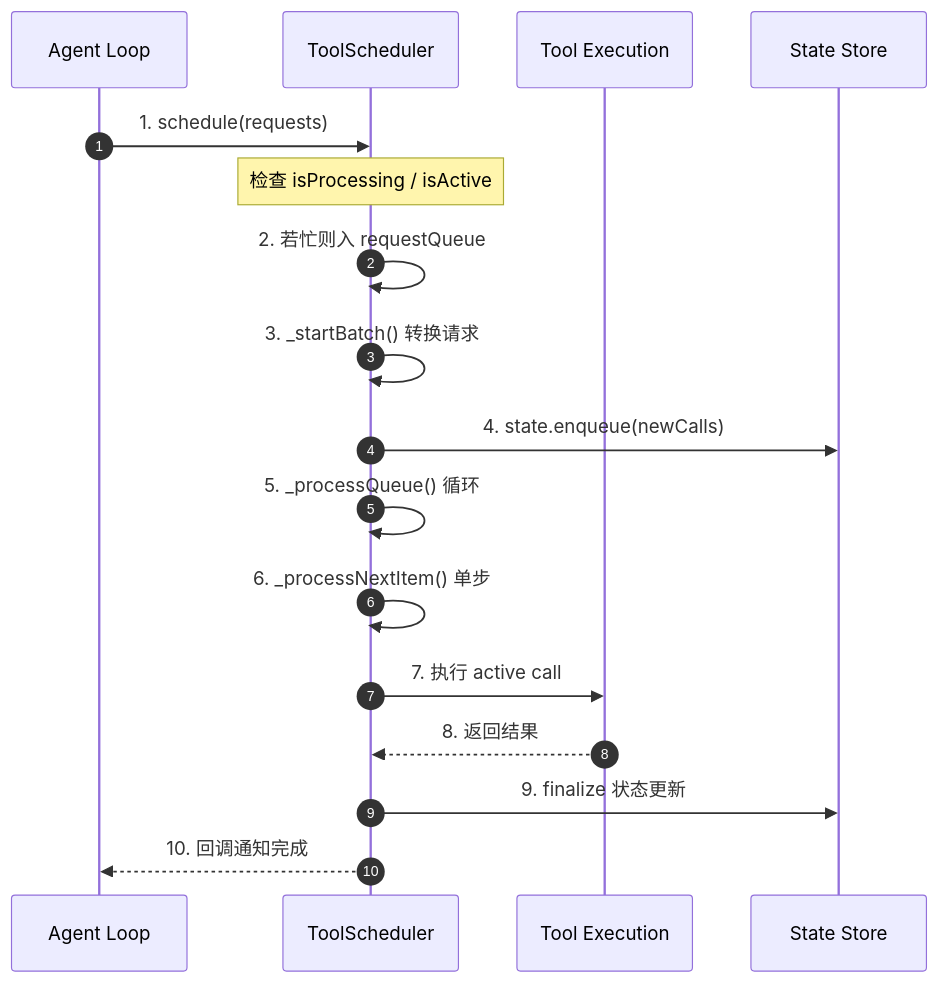
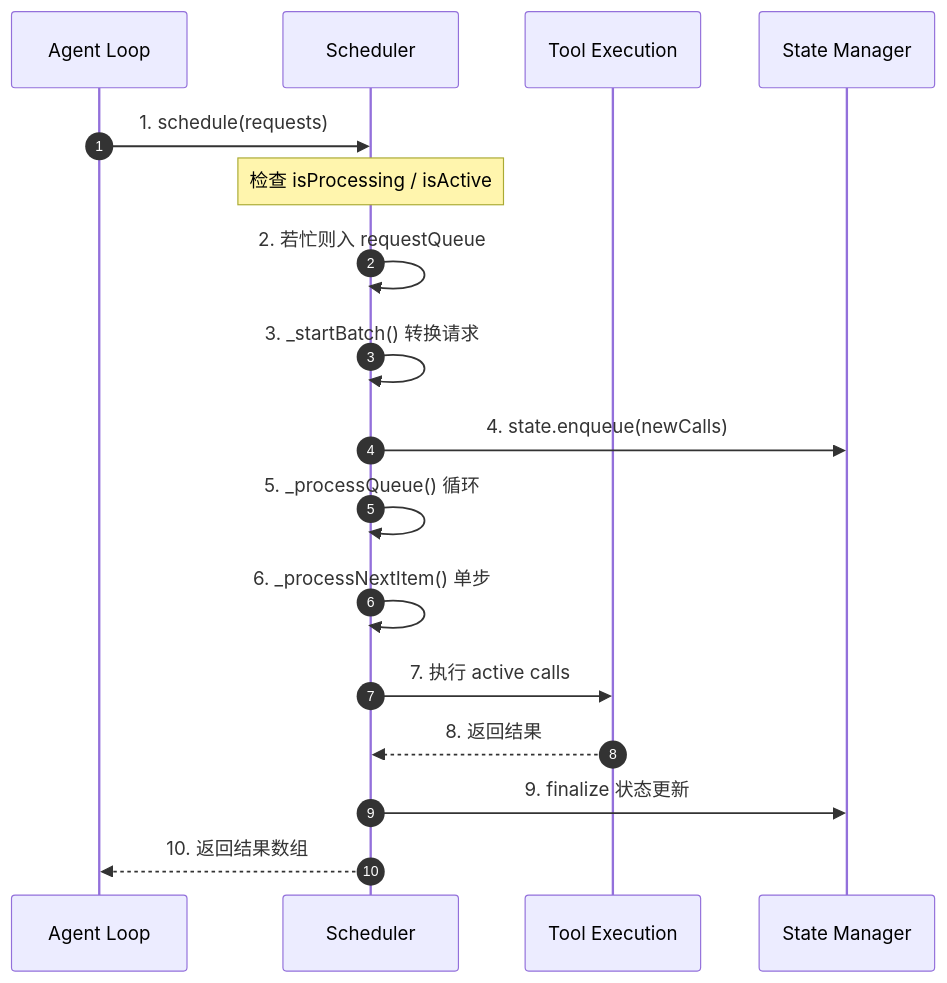
One commit to giraffe-tree/agent-base changed the first of 3 diagrams in docs/gemini-cli/questions/gemini-cli-tool-call-concurrency.md. Above: the diagram before and after it, drawn with Mermaid. The commit also changed other lines of this file and 39 other files, not shown here.

````diff
--- a/docs/gemini-cli/questions/gemini-cli-tool-call-concurrency.md
+++ b/docs/gemini-cli/questions/gemini-cli-tool-call-concurrency.md
@@ -79,20 +79,20 @@
 ```mermaid
 sequenceDiagram
     autonumber
     participant A as Agent Loop
-    participant B as ToolScheduler
+    participant B as Scheduler
     participant C as Tool Execution
-    participant D as State Store
+    participant D as State Manager
 
     A->>B: 1. schedule(requests)
     Note over B: 检查 isProcessing / isActive
     B->>B: 2. 若忙则入 requestQueue
     B->>B: 3. _startBatch() 转换请求
     B->>D: 4. state.enqueue(newCalls)
     B->>B: 5. _processQueue() 循环
     B->>B: 6. _processNextItem() 单步
-    B->>C: 7. 执行 active call
+    B->>C: 7. 执行 active calls
     C-->>B: 8. 返回结果
     B->>D: 9. finalize 状态更新
-    B-->>A: 10. 回调通知完成
+    B-->>A: 10. 返回结果数组
 ```
````
